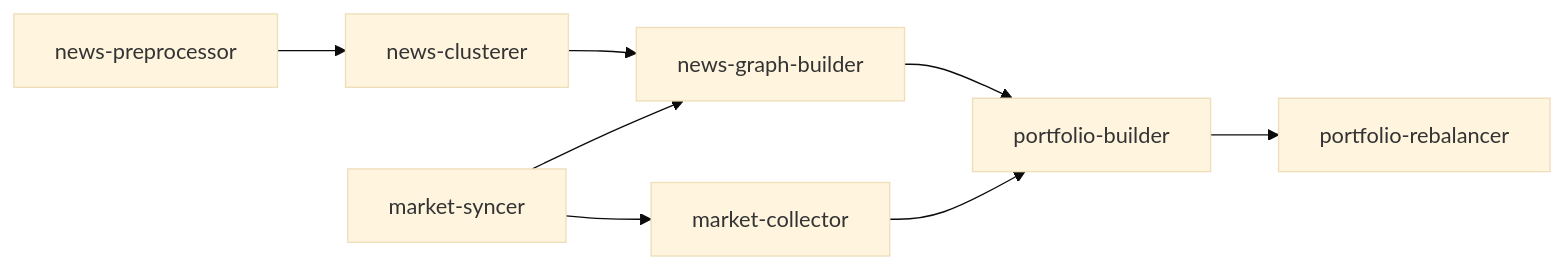
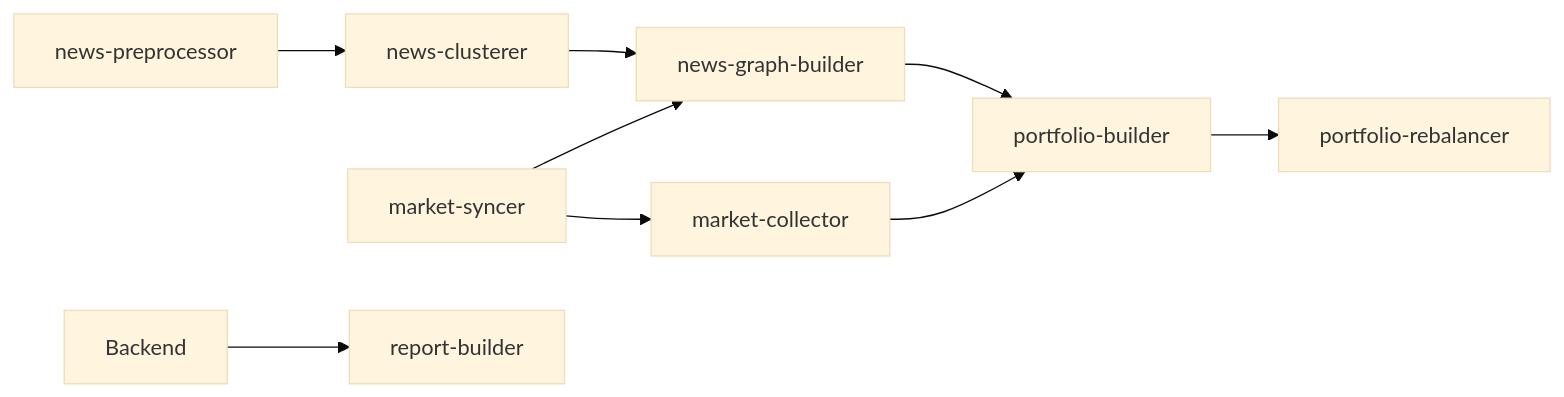
The second of 3 diagrams in README.md (100-hours-a-week/KTB4-11th-AI), drawn with Mermaid (base theme) before and after one commit. The commit also changed other lines of this file and 17 other files, not shown here.

````diff
--- a/README.md
+++ b/README.md
@@ -67,6 +72,7 @@
 ```mermaid
 flowchart LR
     NP["news-preprocessor"] --> NC["news-clusterer"] --> NGB["news-graph-builder"] --> PB["portfolio-builder"] --> PR["portfolio-rebalancer"]
     MS["market-syncer"] --> NGB
     MS --> MC["market-collector"] --> PB
+    BE["Backend"] --> RB["report-builder"]
 ```
````
